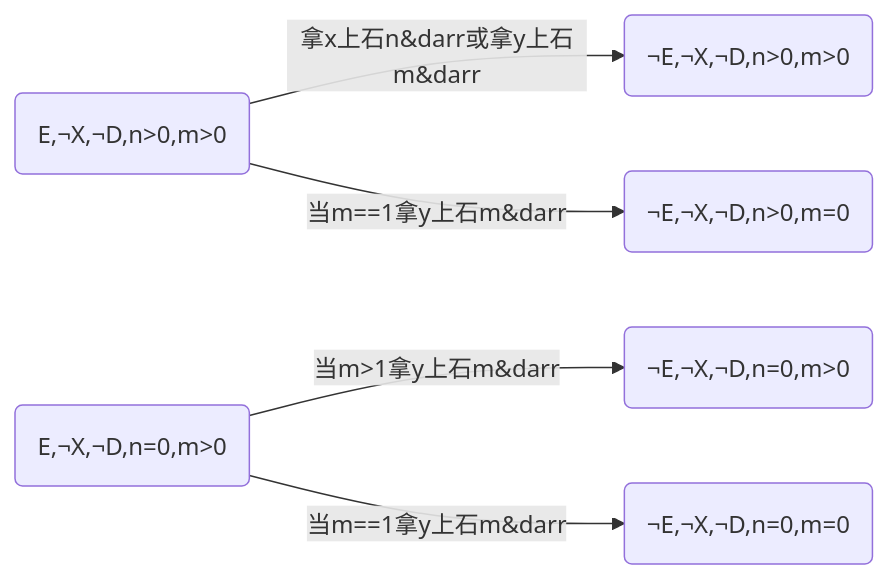
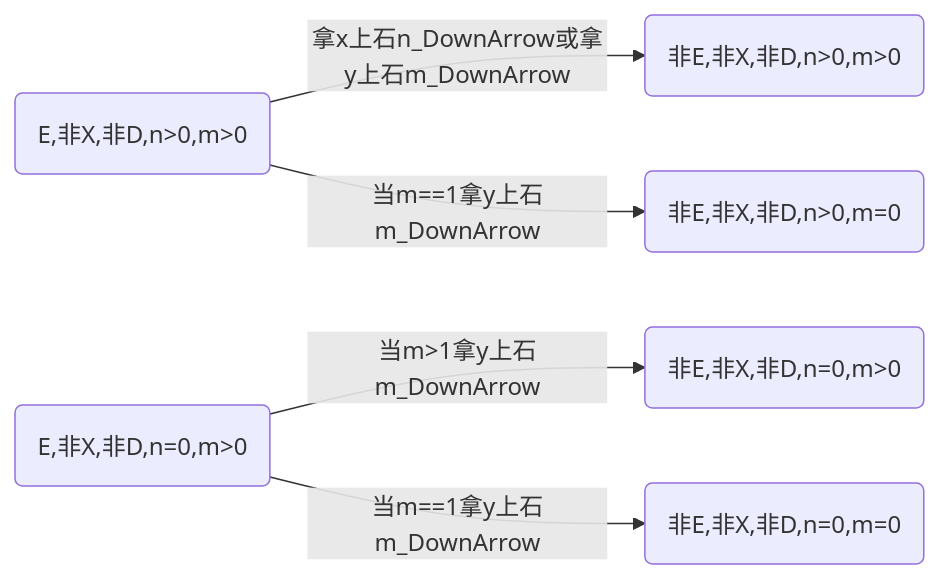
The second of 29 diagrams in docs/SolversBaseOnPDDL/GP_Numerical/图法QNP.md (Tridu33/ZERO-Starting-AI-Planning-in-PDDL-Descripted-World), drawn with Mermaid before and after one commit. The commit also changed other lines of this file and 25 other files, not shown here.

````diff
--- a/docs/SolversBaseOnPDDL/GP_Numerical/图法QNP.md
+++ b/docs/SolversBaseOnPDDL/GP_Numerical/图法QNP.md
@@ -111,7 +111,7 @@
 ```mermaid
 graph LR;
-　　S16(E,&notX,&notD,n>0,m>0) -->|拿x上石n&darr或拿y上石m&darr| S0(&notE,&notX,&notD,n>0,m>0);
-　　S18(E,&notX,&notD,n=0,m>0) -->|当m>1拿y上石m&darr| S2(&notE,&notX,&notD,n=0,m>0);
-　　S18(E,&notX,&notD,n=0,m>0) -->|当m==1拿y上石m&darr| S3(&notE,&notX,&notD,n=0,m=0);
-　　S16(E,&notX,&notD,n>0,m>0) -->|当m==1拿y上石m&darr| S1(&notE,&notX,&notD,n>0,m=0) ;
+　　S16(E,非X,非D,n>0,m>0) -->|拿x上石n_DownArrow或拿y上石m_DownArrow| S0(非E,非X,非D,n>0,m>0);
+　　S18(E,非X,非D,n=0,m>0) -->|当m>1拿y上石m_DownArrow| S2(非E,非X,非D,n=0,m>0);
+　　S18(E,非X,非D,n=0,m>0) -->|当m==1拿y上石m_DownArrow| S3(非E,非X,非D,n=0,m=0);
+　　S16(E,非X,非D,n>0,m>0) -->|当m==1拿y上石m_DownArrow| S1(非E,非X,非D,n>0,m=0) ;
 ```
````
